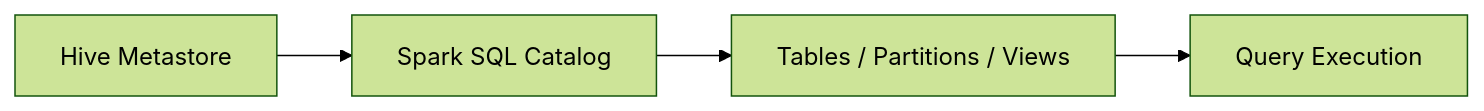
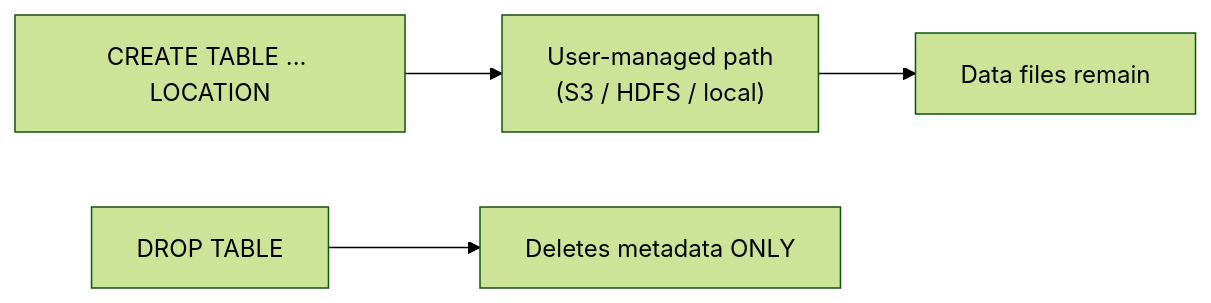
The diagram in spark-sql/docs/data-sources/hive/table/external.md (mahfooziiitian/spark-batch), drawn with Mermaid (forest theme) before and after one commit. The commit also changed other lines of this file and 9 other files, not shown here.

First line of the commit message:
docs(data-sources): expand thin Hive integration pages

````diff
--- a/spark-sql/docs/data-sources/hive/table/external.md
+++ b/spark-sql/docs/data-sources/hive/table/external.md
@@ -8,6 +9,6 @@
 ```mermaid
 graph LR
-    A["Hive Metastore"] --> B["Spark SQL Catalog"]
-    B --> C["Tables / Partitions / Views"]
-    C --> D["Query Execution"]
+    A["CREATE TABLE ... LOCATION"] --> B["User-managed path\n(S3 / HDFS / local)"]
+    C["DROP TABLE"] --> D["Deletes metadata ONLY"]
+    B --> E["Data files remain"]
 ```
````
